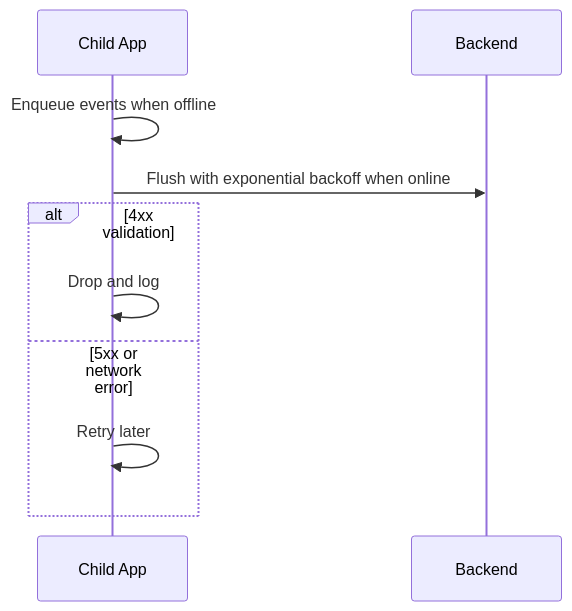
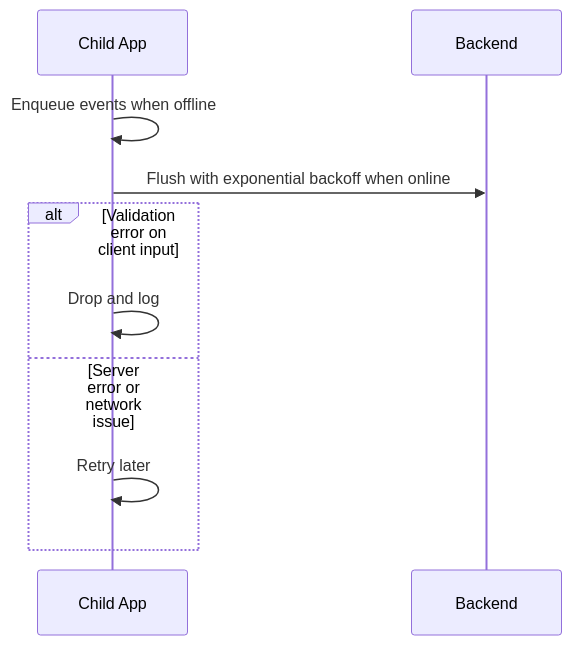
Before and after one commit to maiElkheshen066/safeGuard: the diagram in Doc/Child app/features/09_offline_resilience_sync.md, drawn with Mermaid. The commit also changed 9 other files, not shown here.

````diff
--- a/Doc/Child app/features/09_offline_resilience_sync.md
+++ b/Doc/Child app/features/09_offline_resilience_sync.md
@@ -21,12 +21,12 @@
 ```mermaid
 sequenceDiagram
   participant C as Child App
   participant B as Backend
   C->>C: Enqueue events when offline
   C->>B: Flush with exponential backoff when online
-  alt 4xx validation
+  alt Validation error on client input
     C->>C: Drop and log
-  else 5xx or network error
+  else Server error or network issue
     C->>C: Retry later
   end
 ```
````
